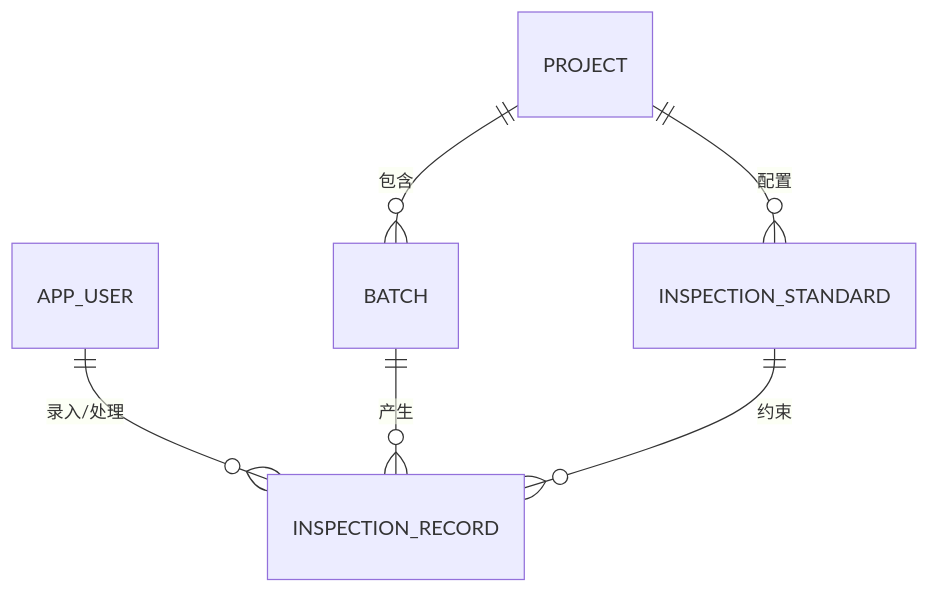
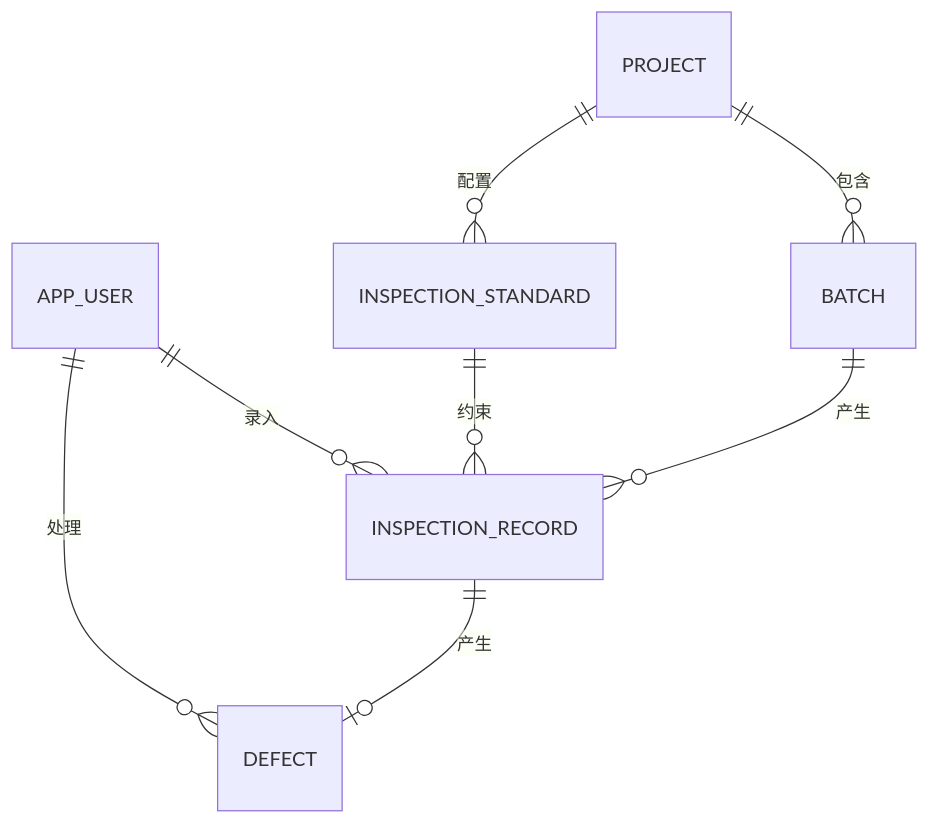
One commit to mogenga/PV-Quality-Inspection-Management-System changed the fourth of 4 diagrams in docs/需求规格说明书.md. Above: the diagram before and after it, drawn with Mermaid. The commit also changed other lines of this file and 13 other files, not shown here.

````diff
--- a/docs/需求规格说明书.md
+++ b/docs/需求规格说明书.md
@@ -427,8 +428,10 @@
 ```mermaid
 erDiagram
-    APP_USER ||--o{ INSPECTION_RECORD : "录入/处理"
+    APP_USER ||--o{ INSPECTION_RECORD : "录入"
     PROJECT ||--o{ BATCH : "包含"
     PROJECT ||--o{ INSPECTION_STANDARD : "配置"
     BATCH ||--o{ INSPECTION_RECORD : "产生"
     INSPECTION_STANDARD ||--o{ INSPECTION_RECORD : "约束"
+    INSPECTION_RECORD ||--o| DEFECT : "产生"
+    APP_USER ||--o{ DEFECT : "处理"
 ```
````
